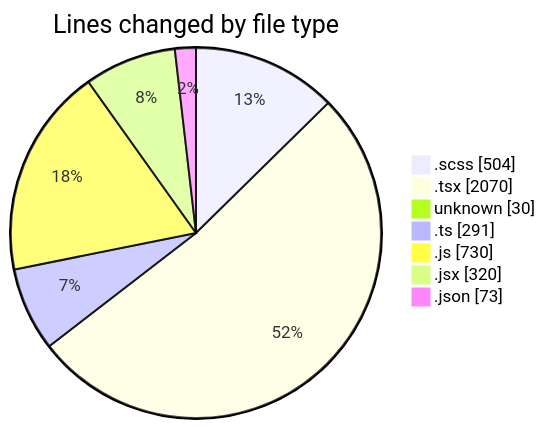
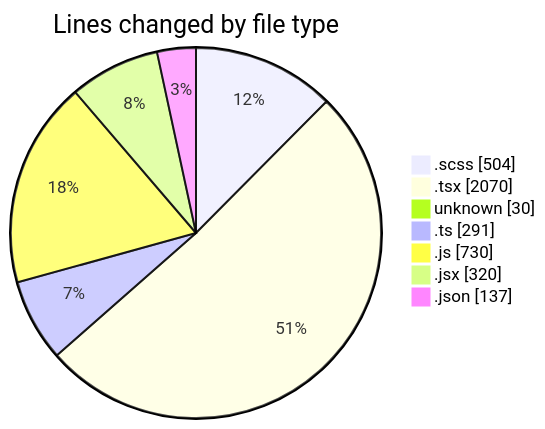
The first of 2 diagrams in 2025-03-05/cda/README.md (momahboobian/code-tracking), drawn with Mermaid before and after one commit. The commit also changed other lines of this file and 1 other file, not shown here.

````diff
--- a/2025-03-05/cda/README.md
+++ b/2025-03-05/cda/README.md
@@ -45,11 +46,11 @@
 ```mermaid
 pie showData
 title Lines changed by file type
 ".scss" : 504
 ".tsx" : 2070
 "unknown" : 30
 ".ts" : 291
 ".js" : 730
 ".jsx" : 320
-".json" : 73
+".json" : 137
 ```
````
